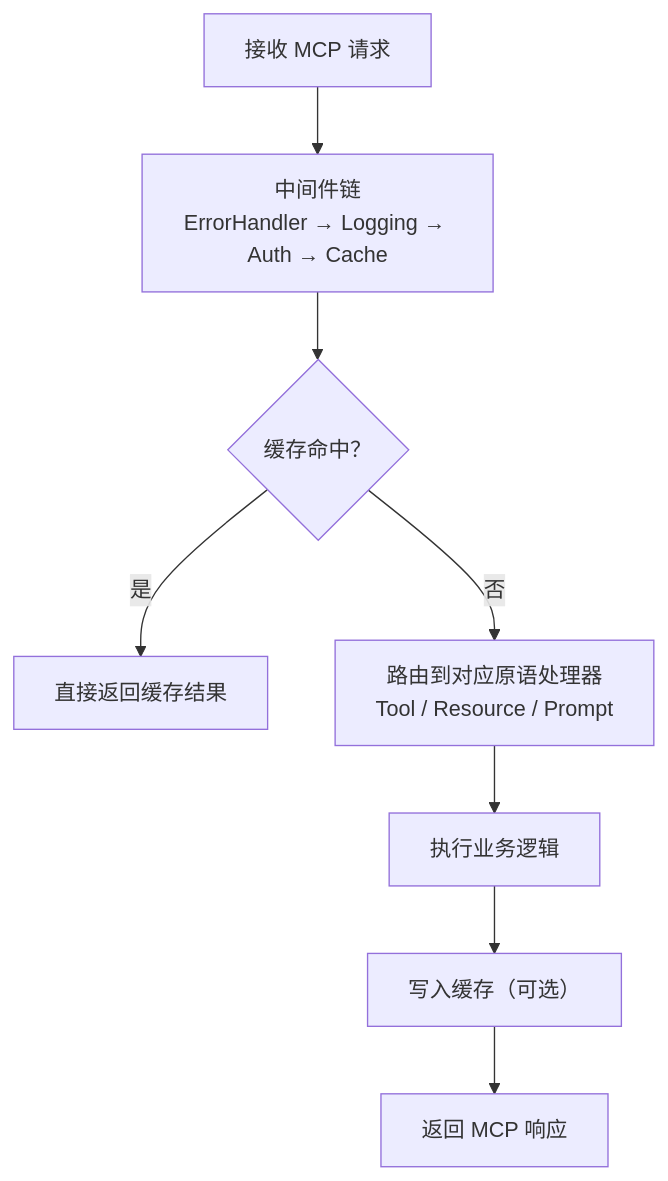
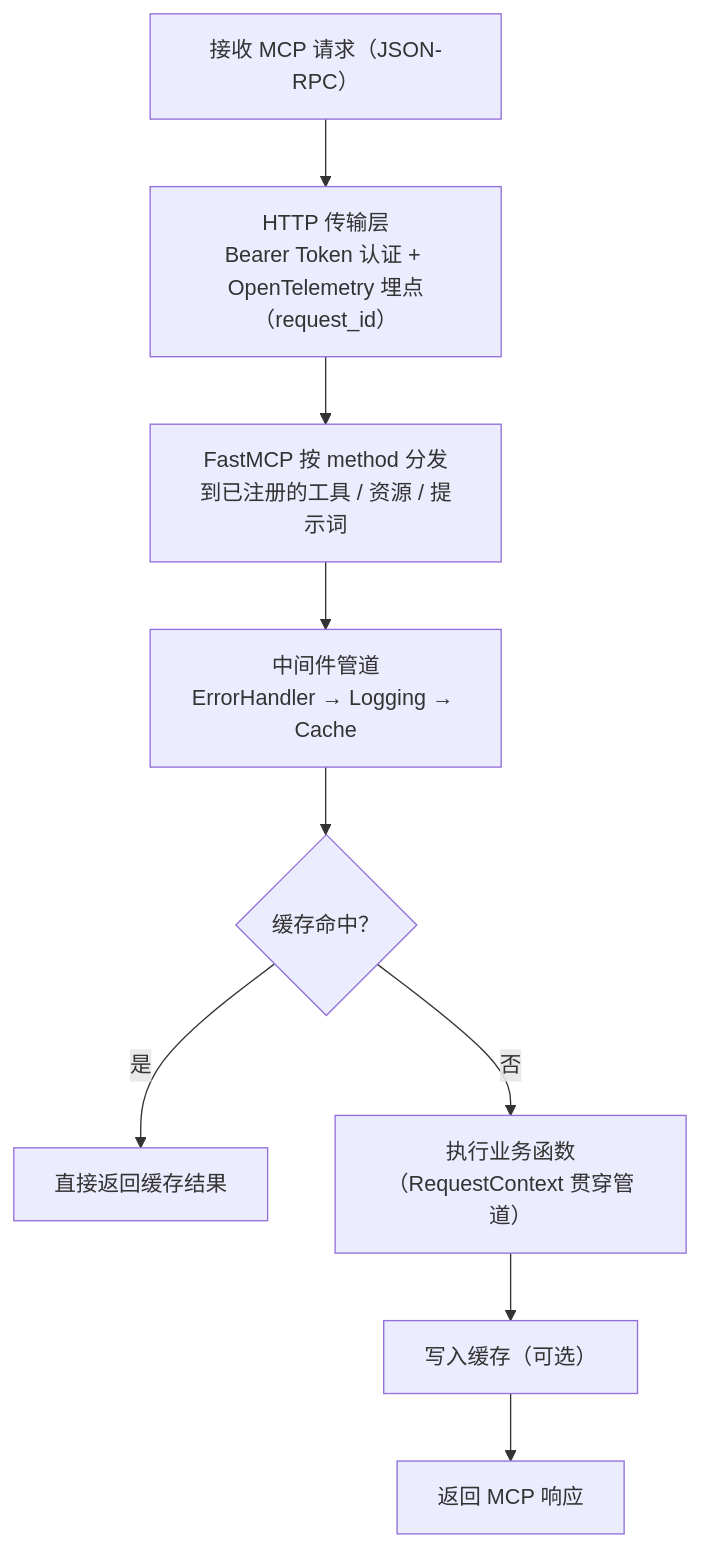
One commit to chain-engine/x-QiuChi changed the third of 4 diagrams in README.md. Above: the diagram before and after it, drawn with Mermaid. The commit also changed other lines of this file and 2 other files, not shown here.

````diff
--- a/README.md
+++ b/README.md
@@ -511,10 +512,11 @@
 ```mermaid
 flowchart TD
-    R1["接收 MCP 请求"] --> R2["中间件链<br/>ErrorHandler → Logging → Auth → Cache"]
-    R2 --> R3{"缓存命中？"}
-    R3 -->|"是"| R8["直接返回缓存结果"]
-    R3 -->|"否"| R4["路由到对应原语处理器<br/>Tool / Resource / Prompt"]
-    R4 --> R5["执行业务逻辑"]
-    R5 --> R6["写入缓存（可选）"]
-    R6 --> R7["返回 MCP 响应"]
+    R1["接收 MCP 请求（JSON-RPC）"] --> R2["HTTP 传输层<br/>Bearer Token 认证 + OpenTelemetry 埋点（request_id）"]
+    R2 --> R3["FastMCP 按 method 分发<br/>到已注册的工具 / 资源 / 提示词"]
+    R3 --> R4["中间件管道<br/>ErrorHandler → Logging → Cache"]
+    R4 --> R5{"缓存命中？"}
+    R5 -->|"是"| R8["直接返回缓存结果"]
+    R5 -->|"否"| R6["执行业务函数<br/>（RequestContext 贯穿管道）"]
+    R6 --> R7["写入缓存（可选）"]
+    R7 --> R9["返回 MCP 响应"]
 ```
````
